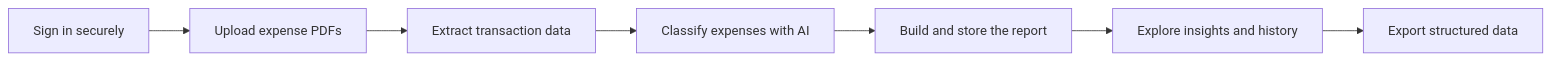
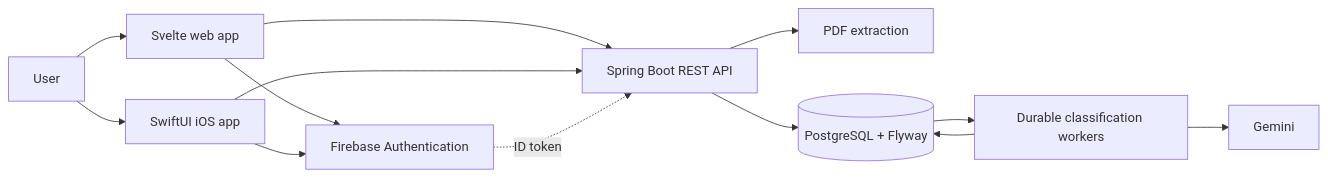
One commit to Renatoxico/ExtractAPI changed the diagram in README.md. Above: the diagram before and after it, drawn with Mermaid. The commit also changed other lines of this file and 2 other files, not shown here.

````diff
--- a/README.md
+++ b/README.md
@@ -9,9 +43,15 @@
 ```mermaid
 flowchart LR
-    A[Sign in securely] --> B[Upload expense PDFs]
-    B --> C[Extract transaction data]
-    C --> D[Classify expenses with AI]
-    D --> E[Build and store the report]
-    E --> F[Explore insights and history]
-    F --> G[Export structured data]
+    User[User] --> Web[Svelte web app]
+    User --> iOS[SwiftUI iOS app]
+    Web --> Auth[Firebase Authentication]
+    iOS --> Auth
+    Web --> API[Spring Boot REST API]
+    iOS --> API
+    Auth -. ID token .-> API
+    API --> PDF[PDF extraction]
+    API --> DB[(PostgreSQL + Flyway)]
+    DB --> Worker[Durable classification workers]
+    Worker --> AI[Gemini]
+    Worker --> DB
 ```
````
